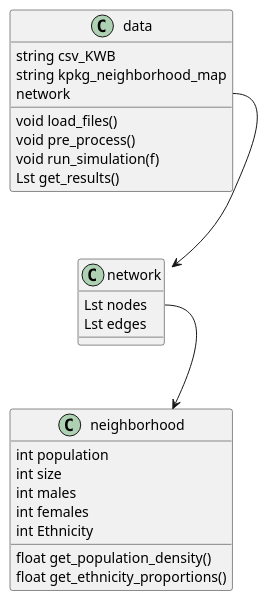
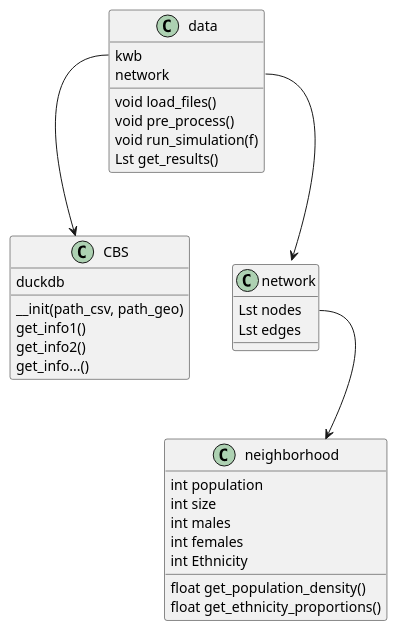
One commit to Tobias0107/STDAP changed the diagram in Project-Overview/UML/classes.plantuml. Above: the diagram before and after it, drawn with PlantUML. The commit also changed 6 other files, not shown here.

```diff
--- a/Project-Overview/UML/classes.plantuml
+++ b/Project-Overview/UML/classes.plantuml
@@ -4,38 +4,51 @@
 @startuml class UML
 
 ''''''''''''''''''''''''''''''''''''''
 '''''' Defining all classes ''''''''''
 ''''''''''''''''''''''''''''''''''''''
+' Main class
 class data {
-    string csv_KWB
-    string kpkg_neighborhood_map
+    kwb
     network
     void load_files()
     void pre_process()
     void run_simulation(f)
     Lst get_results()
 }
 
+' Wrapper class for the KWB. Uses duckdb extract data from csv.
+' Should merge the data with the geo data. Can also be done in duckdb.
+class CBS {
+    duckdb
+    __init(path_csv, path_geo)
+    get_info1()
+    get_info2()
+    get_info...()
+}
+
+' Wrapper for interacting with the network
 class network {
     Lst nodes
     Lst edges
 }
 
 class neighborhood {
     int population
     int size
     int males
     int females
     int Ethnicity
     float get_population_density()
     float get_ethnicity_proportions()
 }
 
-
 ''''''''''''''''''''''''''''''''''''''
 '''''' Defining relations ''''''''''''
 ''''''''''''''''''''''''''''''''''''''
 data::network --> network
+data::kwb --> CBS
+
 network::nodes --> neighborhood
 
+
 @enduml
```
